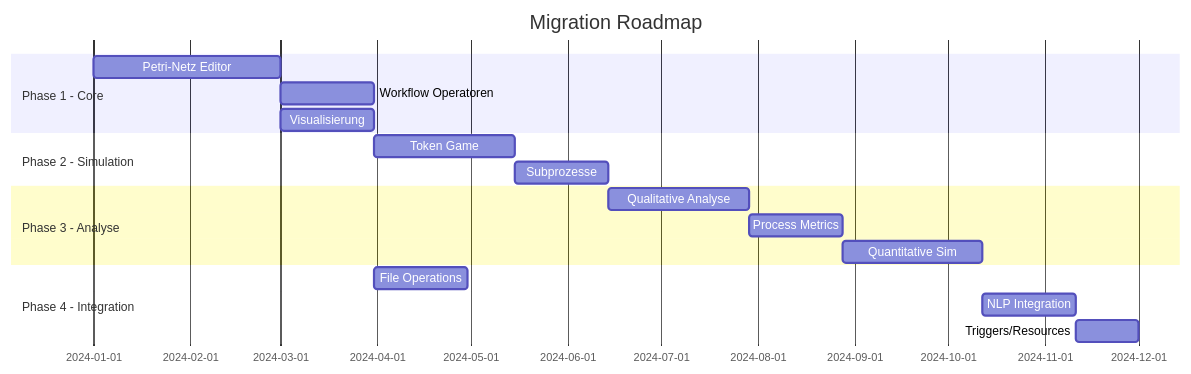
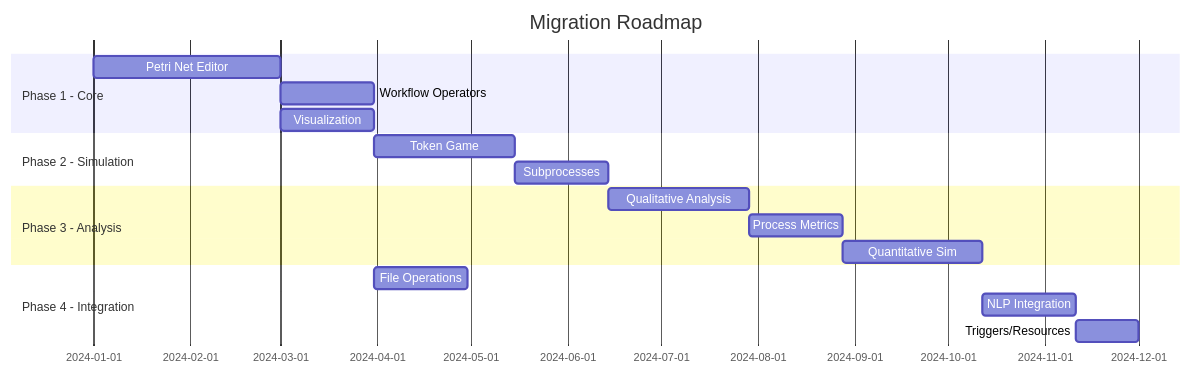
Before and after one commit to woped/woped-next: the third of 4 diagrams in docs/migration/00-migration-overview.md, drawn with Mermaid. The commit also changed other lines of this file and 24 other files, not shown here.

````diff
--- a/docs/migration/00-migration-overview.md
+++ b/docs/migration/00-migration-overview.md
@@ -52,20 +52,20 @@
 ```mermaid
 gantt
     title Migration Roadmap
     dateFormat YYYY-MM-DD
     section Phase 1 - Core
-        Petri-Netz Editor     :p1, 2024-01-01, 60d
-        Workflow Operatoren   :p2, after p1, 30d
-        Visualisierung        :p3, after p1, 30d
+        Petri Net Editor      :p1, 2024-01-01, 60d
+        Workflow Operators    :p2, after p1, 30d
+        Visualization         :p3, after p1, 30d
     section Phase 2 - Simulation
         Token Game            :p4, after p2, 45d
-        Subprozesse           :p5, after p4, 30d
-    section Phase 3 - Analyse
-        Qualitative Analyse   :p6, after p5, 45d
+        Subprocesses          :p5, after p4, 30d
+    section Phase 3 - Analysis
+        Qualitative Analysis  :p6, after p5, 45d
         Process Metrics       :p7, after p6, 30d
         Quantitative Sim      :p8, after p7, 45d
     section Phase 4 - Integration
         File Operations       :p9, after p3, 30d
         NLP Integration       :p10, after p8, 30d
         Triggers/Resources    :p11, after p10, 20d
 ```
````
